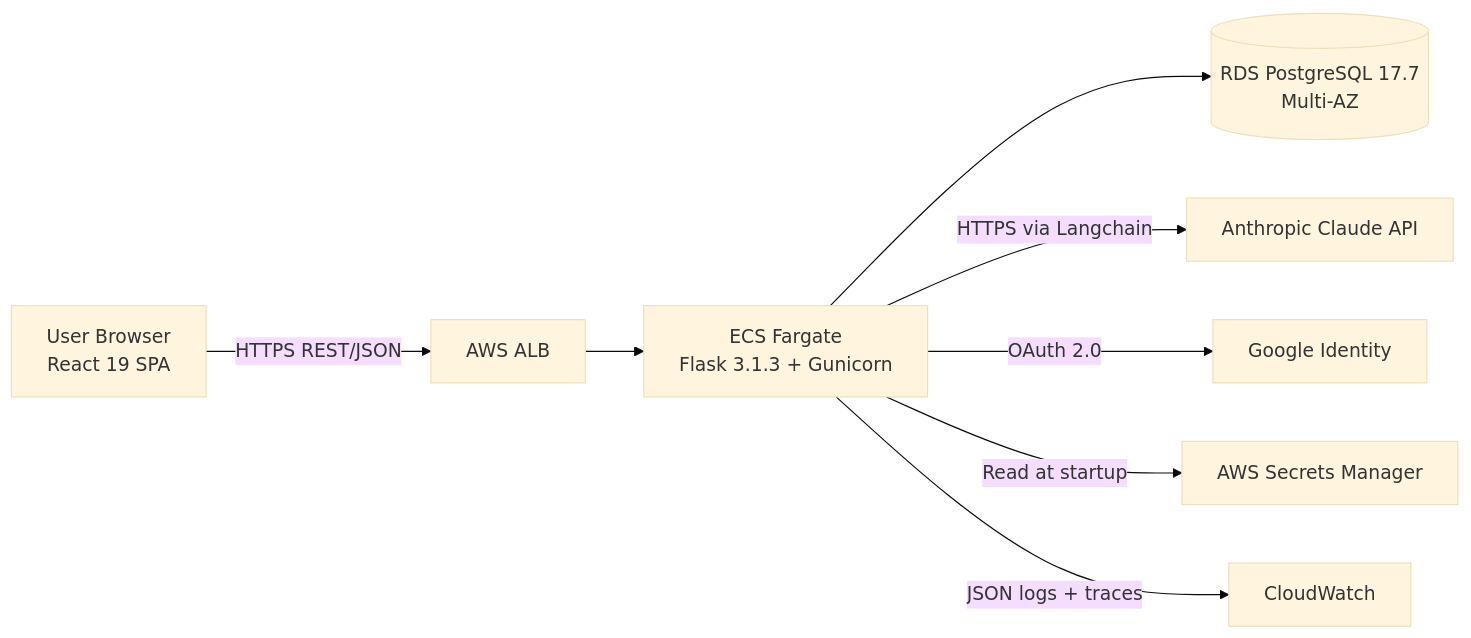
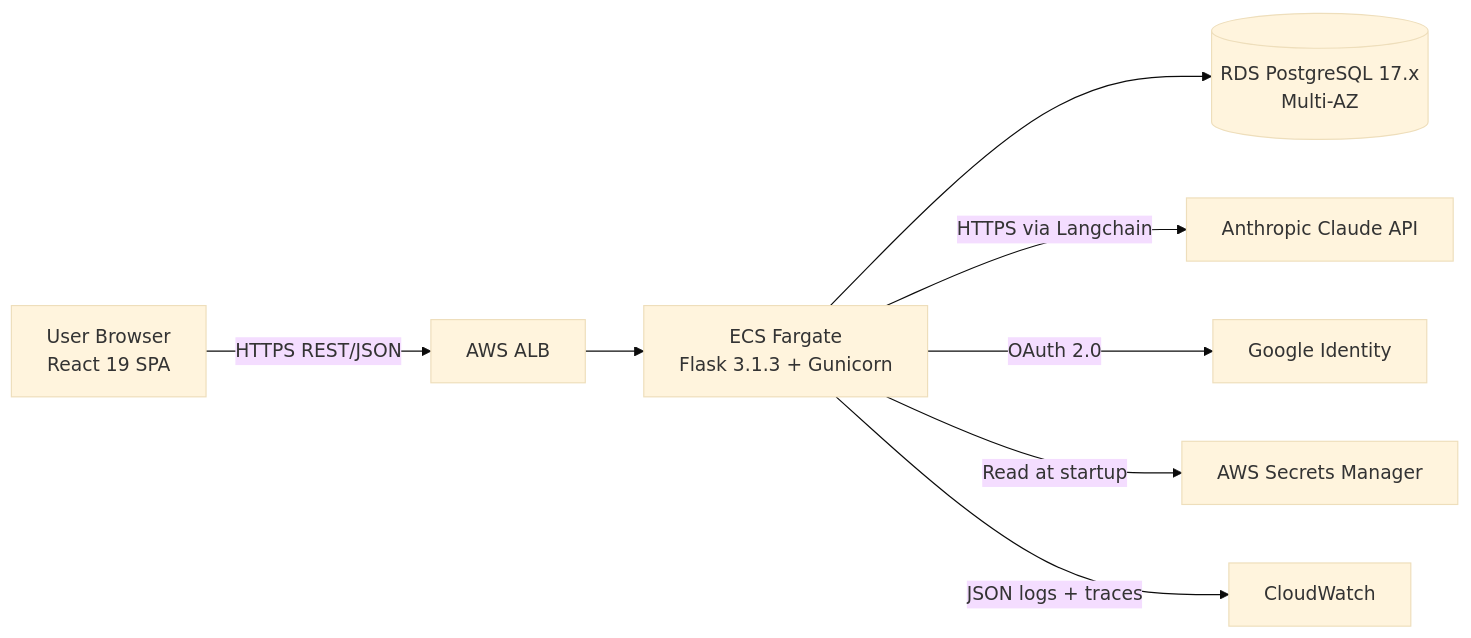
One commit to jrubin-blitzy/Sales-Connections changed the diagram in README.md. Above: the diagram before and after it, drawn with Mermaid (base theme). The commit also changed other lines of this file and 21 other files, not shown here.

````diff
--- a/README.md
+++ b/README.md
@@ -89,11 +91,11 @@
 ```mermaid
 graph LR
     A[User Browser<br/>React 19 SPA] -->|HTTPS REST/JSON| B[AWS ALB]
     B --> C[ECS Fargate<br/>Flask 3.1.3 + Gunicorn]
-    C --> D[(RDS PostgreSQL 17.7<br/>Multi-AZ)]
+    C --> D[(RDS PostgreSQL 17.x<br/>Multi-AZ)]
     C -->|HTTPS via Langchain| E[Anthropic Claude API]
     C -->|OAuth 2.0| F[Google Identity]
     C -->|Read at startup| G[AWS Secrets Manager]
     C -->|JSON logs + traces| H[CloudWatch]
 %% Diagram: Sales-Connections System Context. Legend: Solid arrows = synchronous request flows; AWS-internal flows traverse private VPC subnets; external arrows are public-Internet HTTPS.
 ```
````
